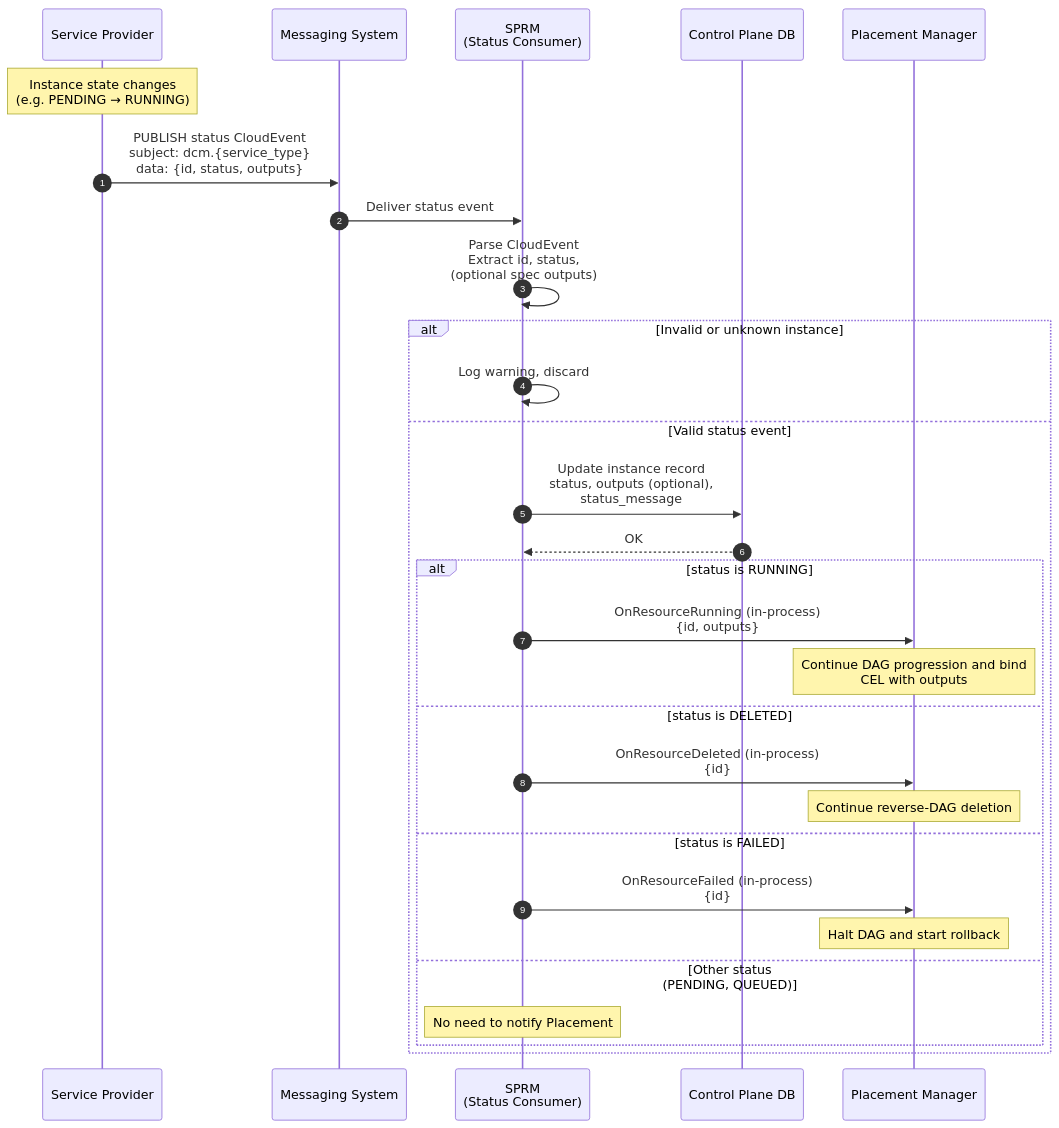
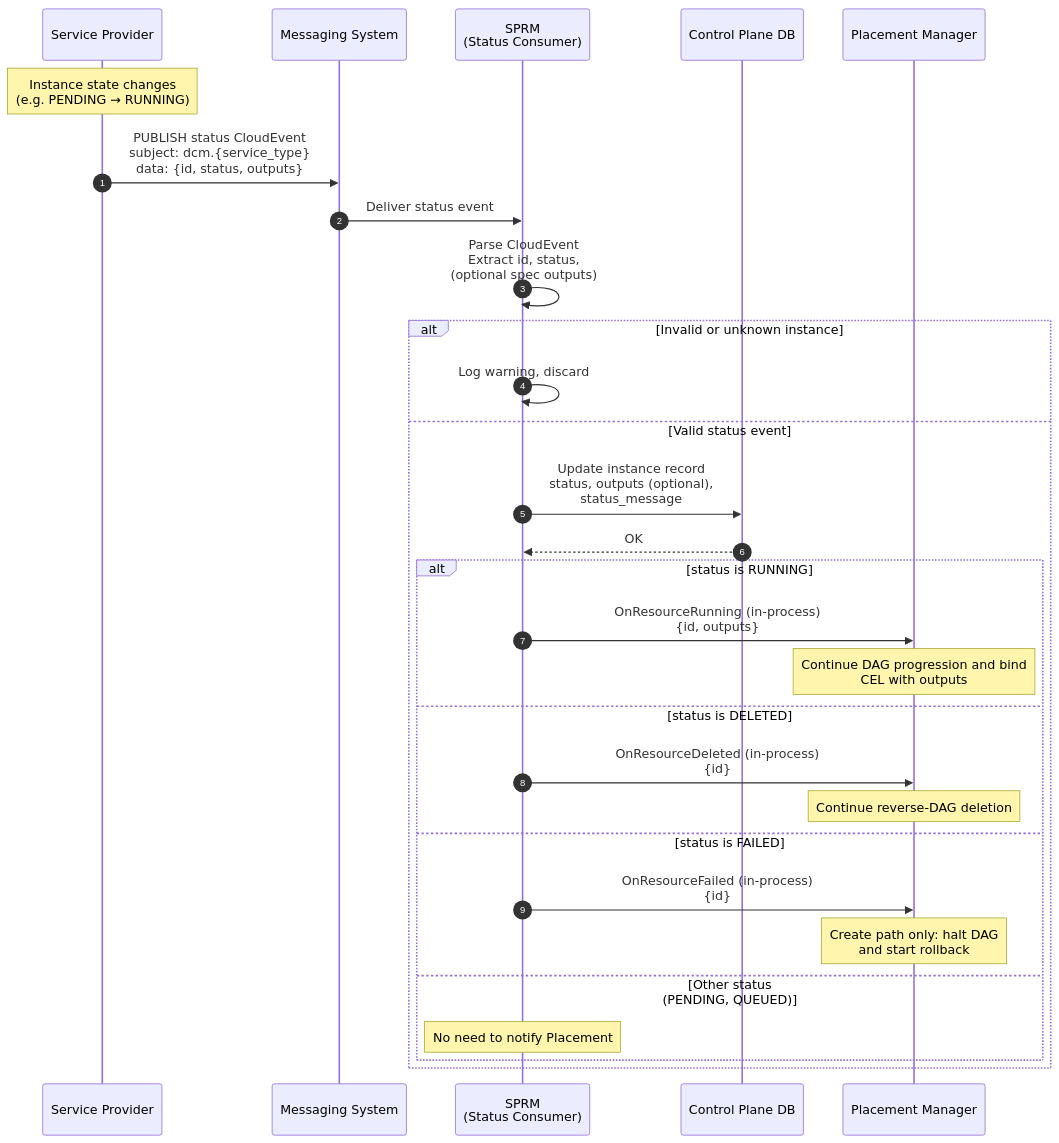
Before and after one commit to dcm-project/enhancements: the fourth of 4 diagrams in enhancements/sp-resource-manager/sp-resource-manager.md, drawn with Mermaid. The commit also changed other lines of this file, not shown here.

Commit message:
Clarify rollack is for create path Assisted-By: Cursor AI

````diff
--- a/enhancements/sp-resource-manager/sp-resource-manager.md
+++ b/enhancements/sp-resource-manager/sp-resource-manager.md
@@ -531,36 +531,36 @@
 ```mermaid
 sequenceDiagram
     autonumber
     participant SP as Service Provider
     participant MS as Messaging System
     participant SC as SPRM<br/>(Status Consumer)
     participant DB as Control Plane DB
     participant PM as Placement Manager
 
     Note over SP: Instance state changes<br/>(e.g. PENDING → RUNNING)
 
     SP->>MS: PUBLISH status CloudEvent<br/>subject: dcm.{service_type}<br/>data: {id, status, outputs}
     MS->>SC: Deliver status event
 
     SC->>SC: Parse CloudEvent<br/>Extract id, status, <br/>(optional spec outputs)
 
     alt Invalid or unknown instance
         SC->>SC: Log warning, discard
     else Valid status event
         SC->>DB: Update instance record<br/> status, outputs (optional), <br/>status_message
         DB-->>SC: OK
 
         alt status is RUNNING
             SC->>PM: OnResourceRunning (in-process)<br/>{id, outputs}
             Note over PM: Continue DAG progression and bind<br/> CEL with outputs
         else status is DELETED
             SC->>PM: OnResourceDeleted (in-process)<br/>{id}
             Note over PM: Continue reverse-DAG deletion
         else status is FAILED
           SC->>PM: OnResourceFailed (in-process)<br/>{id}
-          Note over PM: Halt DAG and start rollback
+          Note over PM: Create path only: halt DAG<br/>and start rollback
         else Other status<br/>(PENDING, QUEUED)
             Note over SC: No need to notify Placement
         end
     end
 ```
````
